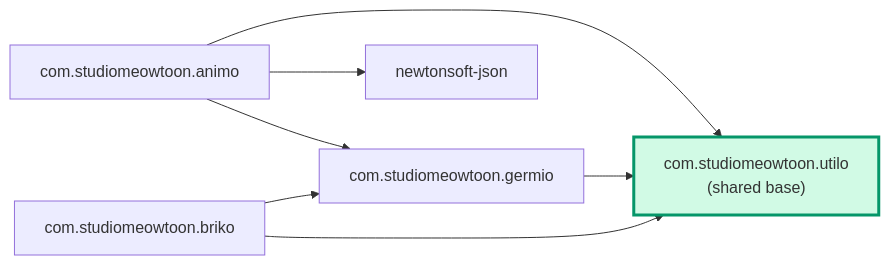
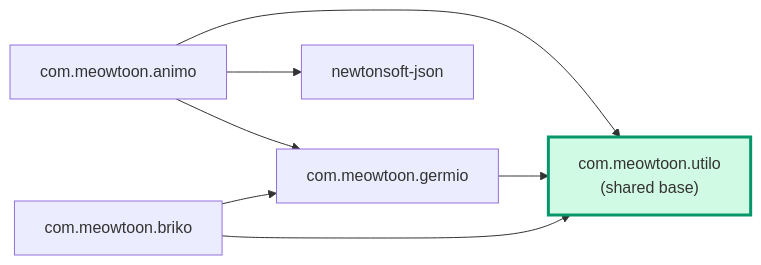
Diagram 43 of 56 in docs/animo_spec.md (hiroxpepe/animo), drawn with Mermaid before and after one commit. The commit also changed other lines of this file and 4 other files, not shown here.

````diff
--- a/docs/animo_spec.md
+++ b/docs/animo_spec.md
@@ -2636,14 +2636,14 @@
 ```mermaid
 flowchart LR
-  Animo["com.studiomeowtoon.animo"]
-  Germio["com.studiomeowtoon.germio"]
-  Utilo["com.studiomeowtoon.utilo<br/>(shared base)"]
+  Animo["com.meowtoon.animo"]
+  Germio["com.meowtoon.germio"]
+  Utilo["com.meowtoon.utilo<br/>(shared base)"]
   Newtonsoft["newtonsoft-json"]
   Animo --> Germio
   Animo --> Utilo
   Animo --> Newtonsoft
   Germio --> Utilo
-  Briko["com.studiomeowtoon.briko"] --> Germio
+  Briko["com.meowtoon.briko"] --> Germio
   Briko --> Utilo
   style Utilo fill:#d1fae5,stroke:#059669,stroke-width:3px
 ```
````
